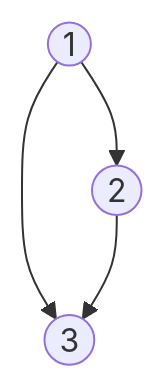
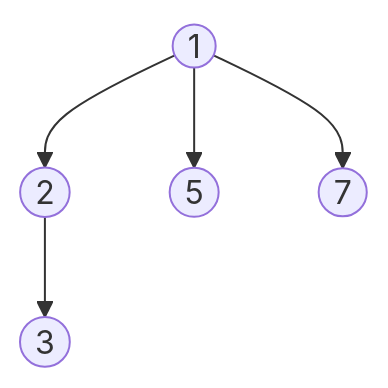
One commit to LeonStoldt/discreteMathematics changed diagram 14 of 14 in README.md. Above: the diagram before and after it, drawn with Mermaid. The commit also changed other lines of this file, not shown here.

````diff
--- a/README.md
+++ b/README.md
@@ -242,6 +242,7 @@
 ```mermaid
 graph TD
-1((1)) --> 2
-1 --> 3
+1((1)) --> 2((2))
+1 --> 5((5))
+1 --> 7((7))
 2((2)) --> 3((3))
 ```
````
